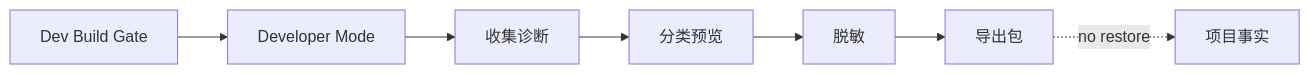
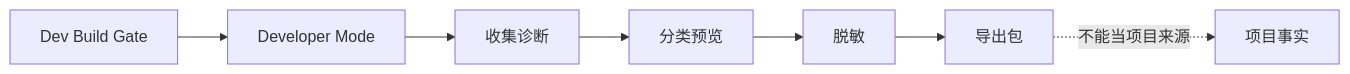
One commit to jinhuang712/open-novel changed the diagram in spec/platform/R05-diagnostics-and-debug-mode.md. Above: the diagram before and after it, drawn with Mermaid. The commit also changed other lines of this file and 4 other files, not shown here.

````diff
--- a/spec/platform/R05-diagnostics-and-debug-mode.md
+++ b/spec/platform/R05-diagnostics-and-debug-mode.md
@@ -28,9 +28,9 @@
 ```mermaid
 flowchart LR
   Gate[Dev Build Gate] --> Dev[Developer Mode]
   Dev --> Collect[收集诊断]
   Collect --> Preview[分类预览]
   Preview --> Redact[脱敏]
   Redact --> Export[导出包]
-  Export -.no restore.-> Project[项目事实]
+  Export -.不能当项目来源.-> Project[项目事实]
 ```
````
